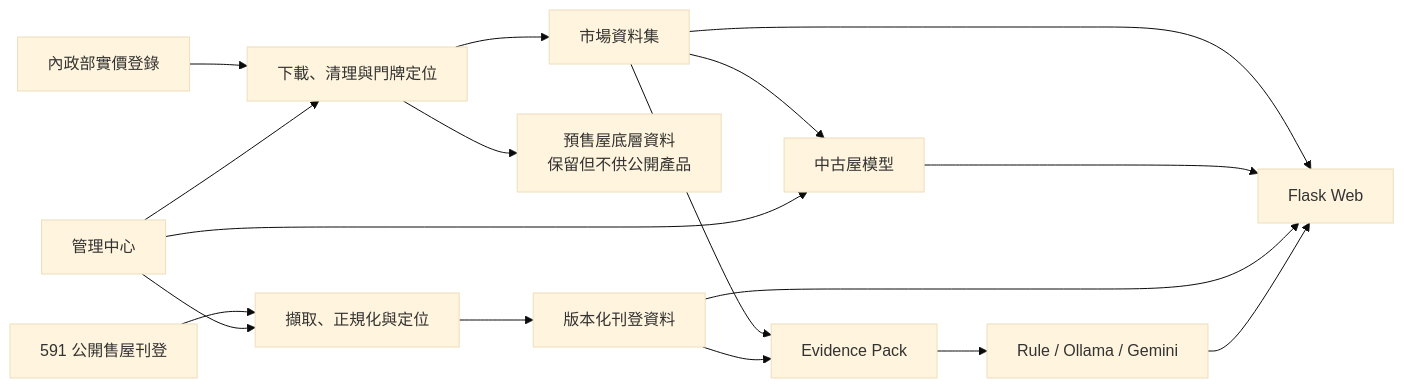
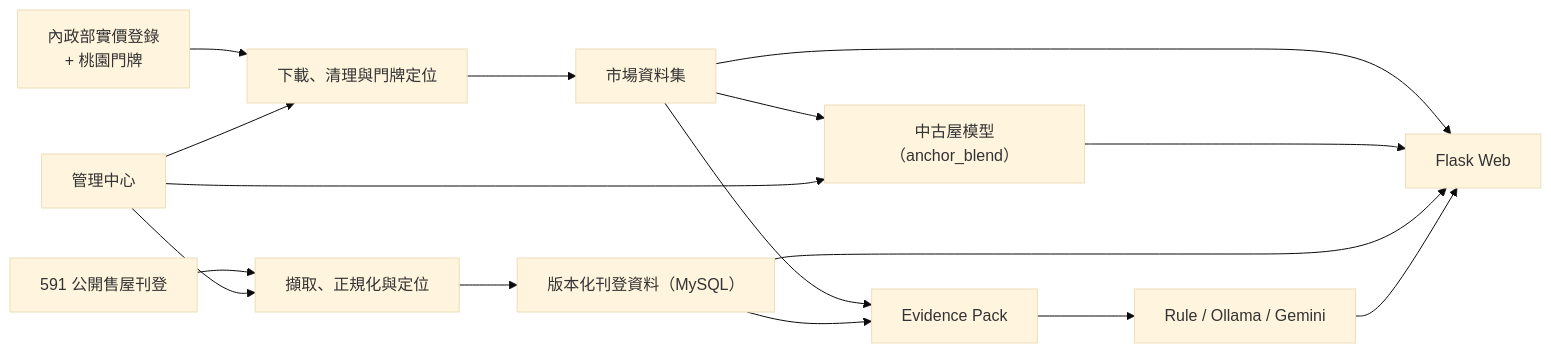
Before and after one commit to hh123456tw/qingpu-insight: the diagram in README.md, drawn with Mermaid (base theme). The commit also changed other lines of this file and 5 other files, not shown here.

````diff
--- a/README.md
+++ b/README.md
@@ -87,19 +118,18 @@
 ```mermaid
 flowchart LR
-    A["內政部實價登錄"] --> B["下載、清理與門牌定位"]
+    A["內政部實價登錄<br/>+ 桃園門牌"] --> B["下載、清理與門牌定位"]
     C["591 公開售屋刊登"] --> D["擷取、正規化與定位"]
     B --> E["市場資料集"]
-    B --> P["預售屋底層資料<br/>保留但不供公開產品"]
-    E --> F["中古屋模型"]
-    D --> H["版本化刊登資料"]
+    E --> F["中古屋模型（anchor_blend）"]
+    D --> H["版本化刊登資料（MySQL）"]
     E --> I["Flask Web"]
     F --> I
     H --> I
     E --> J["Evidence Pack"]
     H --> J
     J --> K["Rule / Ollama / Gemini"]
     K --> I
     L["管理中心"] --> B
     L --> D
     L --> F
 ```
````
